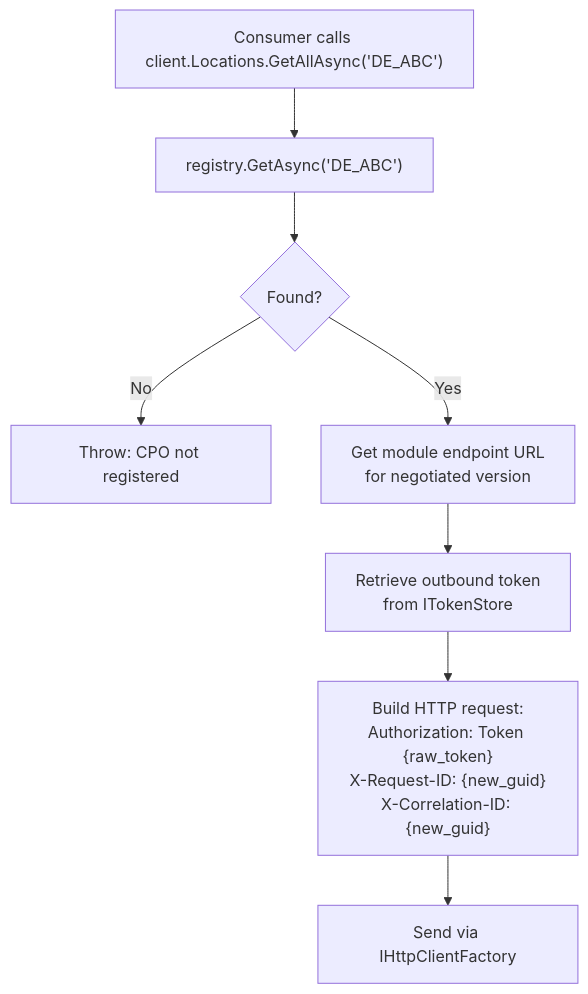
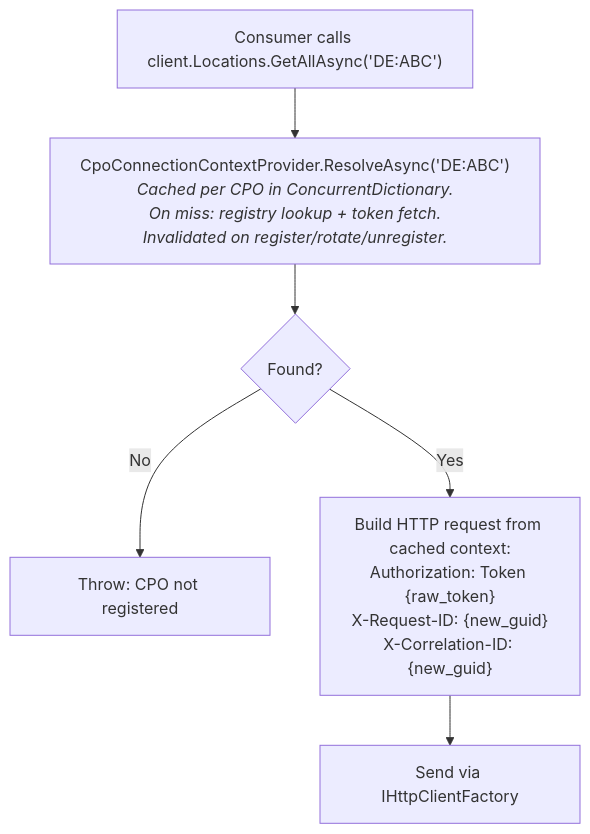
One commit to hannan-m/DotOcpi changed the fourth of 14 diagrams in docs/cpo-registry.md. Above: the diagram before and after it, drawn with Mermaid. The commit also changed other lines of this file and 5 other files, not shown here.

````diff
--- a/docs/cpo-registry.md
+++ b/docs/cpo-registry.md
@@ -151,11 +148,9 @@
 ```mermaid
 graph TD
-    Consumer["Consumer calls client.Locations.GetAllAsync('DE_ABC')"]
-    Consumer --> Lookup["registry.GetAsync('DE_ABC')"]
-    Lookup --> Found{Found?}
+    Consumer["Consumer calls client.Locations.GetAllAsync('DE:ABC')"]
+    Consumer --> Resolve["CpoConnectionContextProvider.ResolveAsync('DE:ABC')<br/><i>Cached per CPO in ConcurrentDictionary.<br/>On miss: registry lookup + token fetch.<br/>Invalidated on register/rotate/unregister.</i>"]
+    Resolve --> Found{Found?}
     Found -->|No| Error["Throw: CPO not registered"]
-    Found -->|Yes| Endpoint["Get module endpoint URL<br/>for negotiated version"]
-    Endpoint --> Token["Retrieve outbound token<br/>from ITokenStore"]
-    Token --> Build["Build HTTP request:<br/>Authorization: Token {raw_token}<br/>X-Request-ID: {new_guid}<br/>X-Correlation-ID: {new_guid}"]
+    Found -->|Yes| Build["Build HTTP request from cached context:<br/>Authorization: Token {raw_token}<br/>X-Request-ID: {new_guid}<br/>X-Correlation-ID: {new_guid}"]
     Build --> Send["Send via IHttpClientFactory"]
 ```
````
